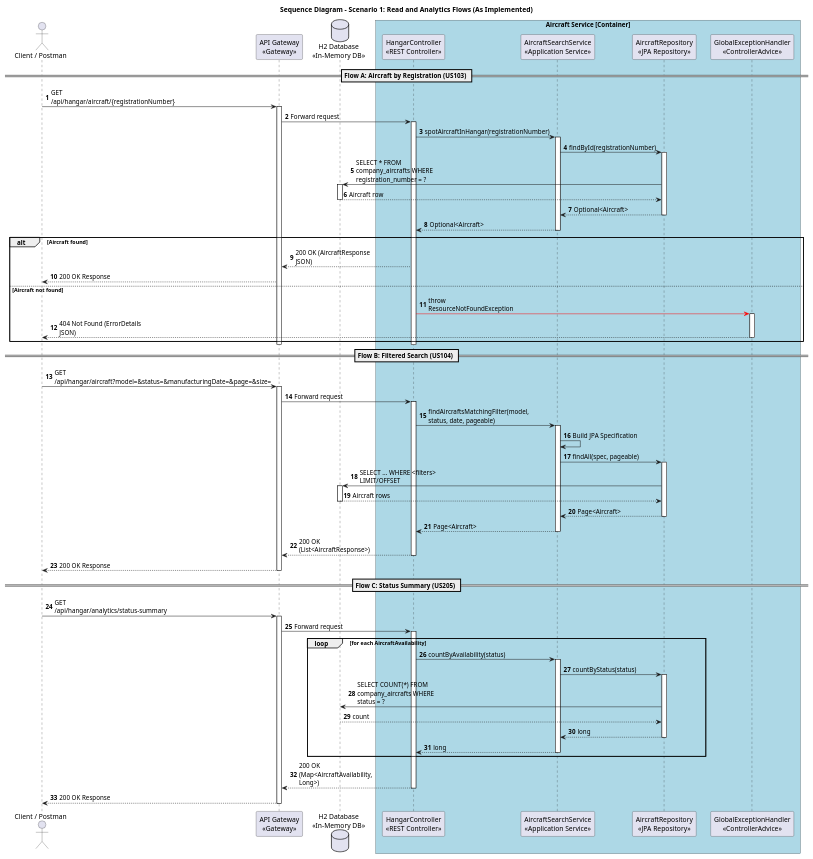
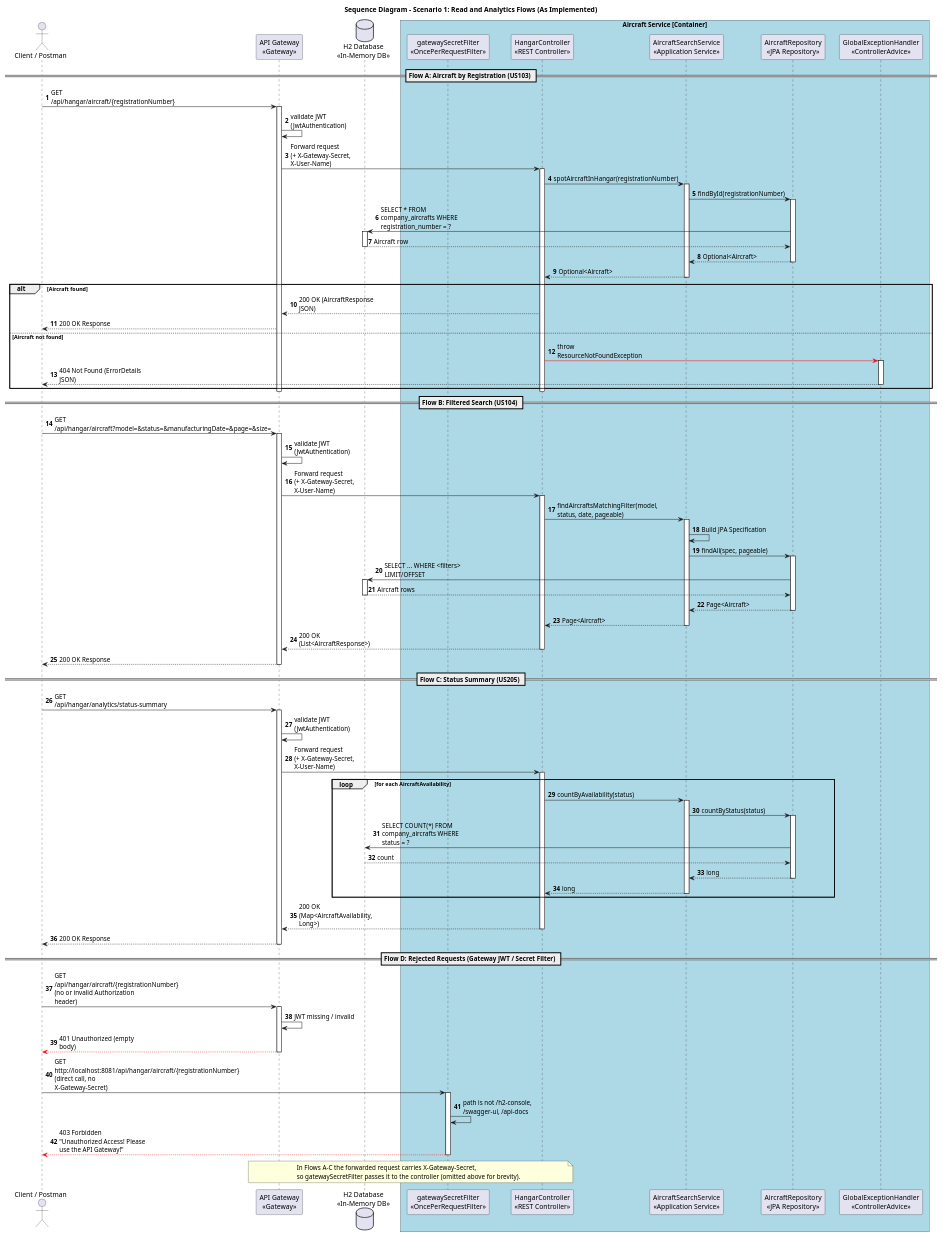
The diagram in aircraft-service/docs/sequence-diagrams/scenario-1-query-aircraft.puml (8126Lucas/SIDIS_G6_3DA), drawn with PlantUML before and after one commit. The commit also changed 8 other files, not shown here.

```diff
--- a/aircraft-service/docs/sequence-diagrams/scenario-1-query-aircraft.puml
+++ b/aircraft-service/docs/sequence-diagrams/scenario-1-query-aircraft.puml
@@ -1,110 +1,131 @@
 @startuml
 skinparam responseMessageBelowArrow true
 skinparam maxMessageSize 180
 skinparam boxPadding 10
 skinparam participantPadding 10
 skinparam shadowing false
 
 title Sequence Diagram - Scenario 1: Read and Analytics Flows (As Implemented)
 
 autonumber
 
 actor "Client / Postman" as client
 participant "API Gateway\n<<Gateway>>" as gateway
+participant "gatewaySecretFilter\n<<OncePerRequestFilter>>" as secret_filter
 participant "HangarController\n<<REST Controller>>" as controller
 participant "AircraftSearchService\n<<Application Service>>" as search_svc
 participant "AircraftRepository\n<<JPA Repository>>" as repo
 database "H2 Database\n<<In-Memory DB>>" as db
 participant "GlobalExceptionHandler\n<<ControllerAdvice>>" as exception_handler
 
 box "Aircraft Service [Container]" #LightBlue
+    participant secret_filter
     participant controller
     participant search_svc
     participant repo
     participant exception_handler
 end box
 
 == Flow A: Aircraft by Registration (US103) ==
 
 client -> gateway : GET /api/hangar/aircraft/{registrationNumber}
 activate gateway
-gateway -> controller : Forward request
+gateway -> gateway : validate JWT (JwtAuthentication)
+gateway -> controller : Forward request\n(+ X-Gateway-Secret, X-User-Name)
 activate controller
 
 controller -> search_svc : spotAircraftInHangar(registrationNumber)
 activate search_svc
 search_svc -> repo : findById(registrationNumber)
 activate repo
 repo -> db : SELECT * FROM company_aircrafts WHERE registration_number = ?
 activate db
 db --> repo : Aircraft row
 deactivate db
 repo --> search_svc : Optional<Aircraft>
 deactivate repo
 search_svc --> controller : Optional<Aircraft>
 deactivate search_svc
 
 alt Aircraft found
     controller --> gateway : 200 OK (AircraftResponse JSON)
     gateway --> client : 200 OK Response
 else Aircraft not found
     controller -[#red]> exception_handler : throw ResourceNotFoundException
     activate exception_handler
     exception_handler --> client : 404 Not Found (ErrorDetails JSON)
     deactivate exception_handler
 end
 deactivate controller
 deactivate gateway
 
 == Flow B: Filtered Search (US104) ==
 
 client -> gateway : GET /api/hangar/aircraft?model=&status=&manufacturingDate=&page=&size=
 activate gateway
-gateway -> controller : Forward request
+gateway -> gateway : validate JWT (JwtAuthentication)
+gateway -> controller : Forward request\n(+ X-Gateway-Secret, X-User-Name)
 activate controller
 
 controller -> search_svc : findAircraftsMatchingFilter(model, status, date, pageable)
 activate search_svc
 search_svc -> search_svc : Build JPA Specification
 search_svc -> repo : findAll(spec, pageable)
 activate repo
 repo -> db : SELECT ... WHERE <filters> LIMIT/OFFSET
 activate db
 db --> repo : Aircraft rows
 deactivate db
 repo --> search_svc : Page<Aircraft>
 deactivate repo
 search_svc --> controller : Page<Aircraft>
 deactivate search_svc
 
 controller --> gateway : 200 OK (List<AircraftResponse>)
 deactivate controller
 gateway --> client : 200 OK Response
 deactivate gateway
 
 == Flow C: Status Summary (US205) ==
 
 client -> gateway : GET /api/hangar/analytics/status-summary
 activate gateway
-gateway -> controller : Forward request
+gateway -> gateway : validate JWT (JwtAuthentication)
+gateway -> controller : Forward request\n(+ X-Gateway-Secret, X-User-Name)
 activate controller
 
 loop for each AircraftAvailability
     controller -> search_svc : countByAvailability(status)
     activate search_svc
     search_svc -> repo : countByStatus(status)
     activate repo
     repo -> db : SELECT COUNT(*) FROM company_aircrafts WHERE status = ?
     db --> repo : count
     repo --> search_svc : long
     deactivate repo
     search_svc --> controller : long
     deactivate search_svc
 end
 
 controller --> gateway : 200 OK (Map<AircraftAvailability, Long>)
 deactivate controller
 gateway --> client : 200 OK Response
 deactivate gateway
 
+== Flow D: Rejected Requests (Gateway JWT / Secret Filter) ==
+
+client -> gateway : GET /api/hangar/aircraft/{registrationNumber}\n(no or invalid Authorization header)
+activate gateway
+gateway -> gateway : JWT missing / invalid
+gateway --[#red]> client : 401 Unauthorized (empty body)
+deactivate gateway
+
+client -> secret_filter : GET http://localhost:8081/api/hangar/aircraft/{registrationNumber}\n(direct call, no X-Gateway-Secret)
+activate secret_filter
+secret_filter -> secret_filter : path is not /h2-console, /swagger-ui, /api-docs
+secret_filter --[#red]> client : 403 Forbidden\n"Unauthorized Access! Please use the API Gateway!"
+deactivate secret_filter
+
+note over gateway, controller : In Flows A-C the forwarded request carries X-Gateway-Secret,\nso gatewaySecretFilter passes it to the controller (omitted above for brevity).
+
 @enduml
```
